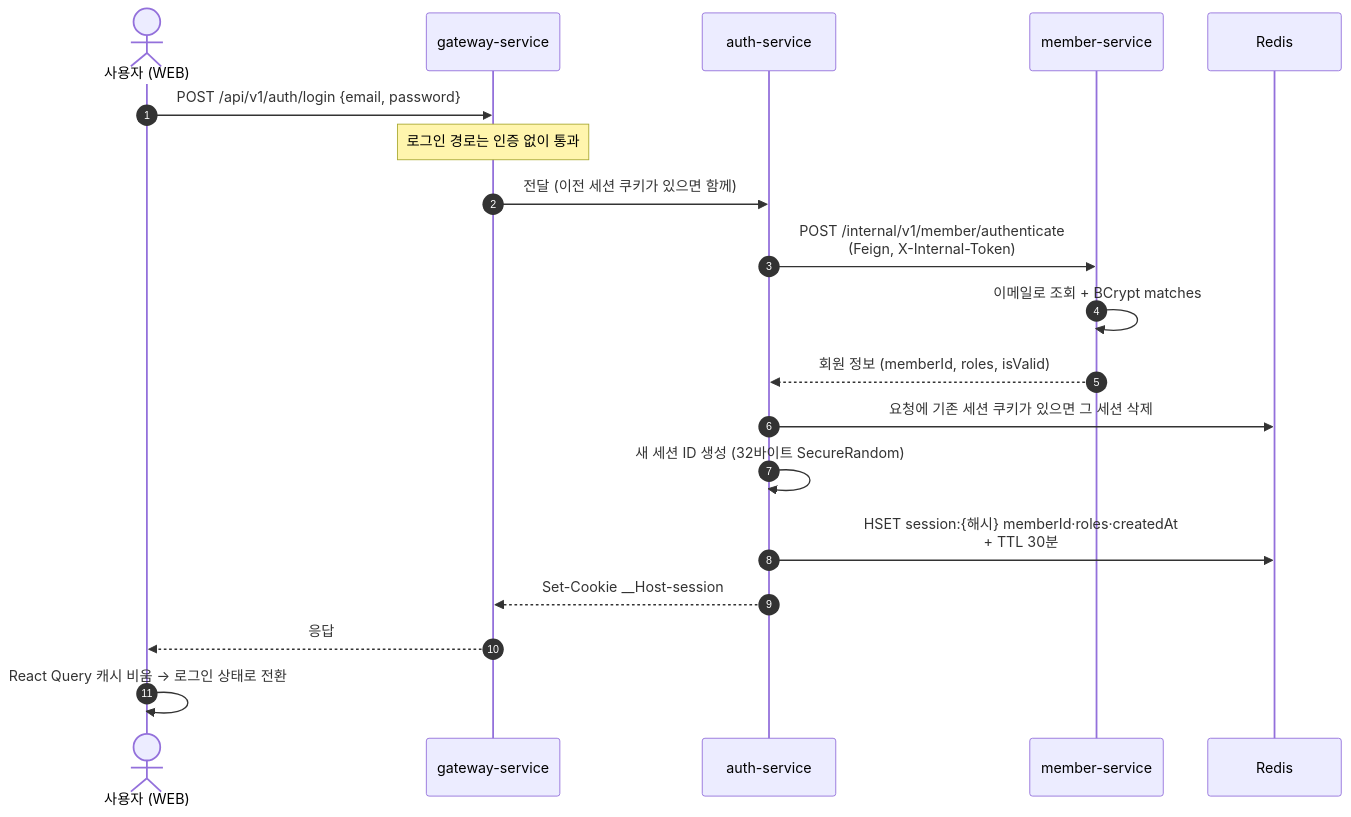
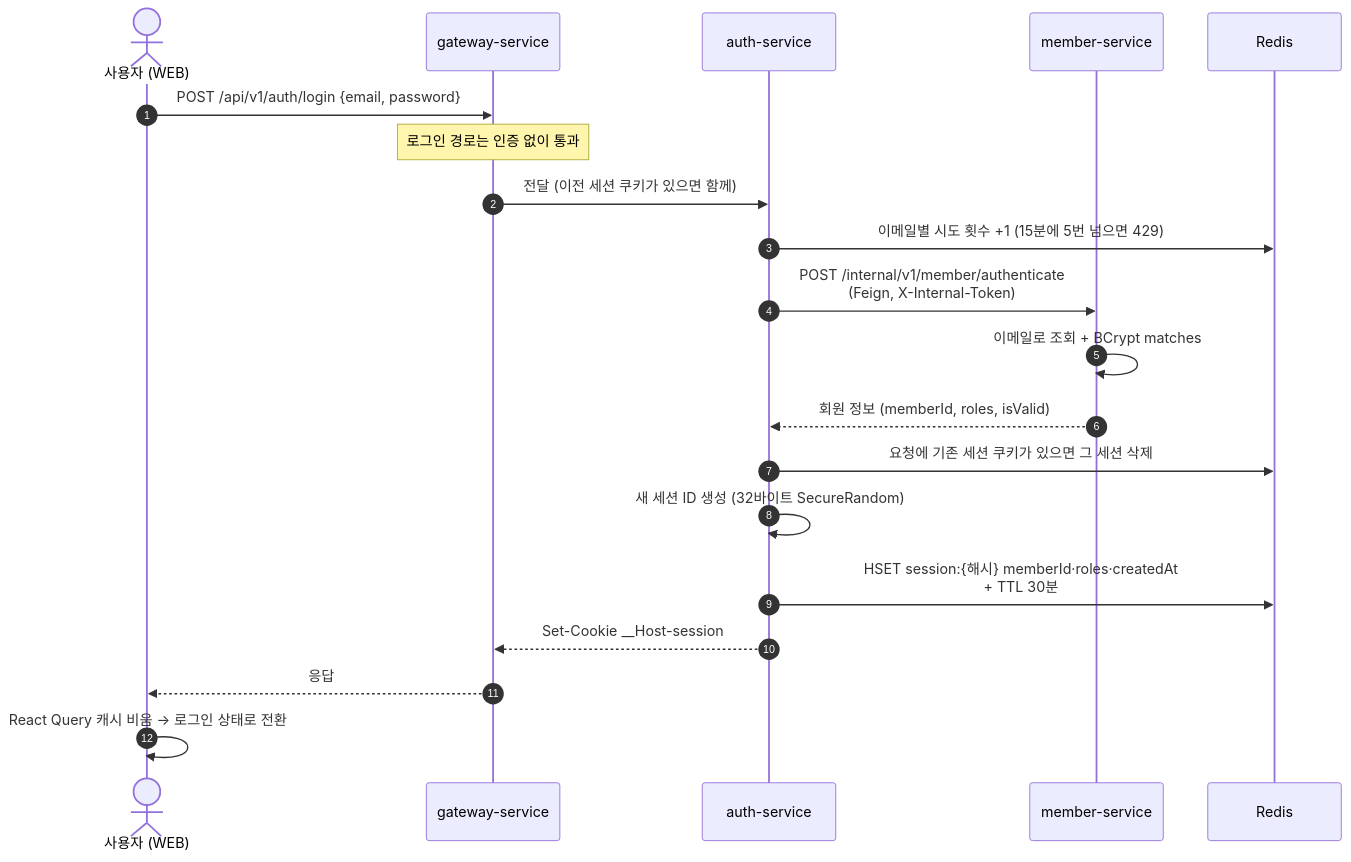
The first of 3 diagrams in .docs/spec/004-auth-spec.md (rivertw777/ModuDrive-API), drawn with Mermaid before and after one commit. The commit also changed other lines of this file and 10 other files, not shown here.

````diff
--- a/.docs/spec/004-auth-spec.md
+++ b/.docs/spec/004-auth-spec.md
@@ -90,22 +90,23 @@
 ```mermaid
 sequenceDiagram
     autonumber
     actor U as 사용자 (WEB)
     participant G as gateway-service
     participant A as auth-service
     participant M as member-service
     participant R as Redis
 
     U->>G: POST /api/v1/auth/login {email, password}
     Note over G: 로그인 경로는 인증 없이 통과
     G->>A: 전달 (이전 세션 쿠키가 있으면 함께)
+    A->>R: 이메일별 시도 횟수 +1 (15분에 5번 넘으면 429)
     A->>M: POST /internal/v1/member/authenticate<br/>(Feign, X-Internal-Token)
     M->>M: 이메일로 조회 + BCrypt matches
     M-->>A: 회원 정보 (memberId, roles, isValid)
     A->>R: 요청에 기존 세션 쿠키가 있으면 그 세션 삭제
     A->>A: 새 세션 ID 생성 (32바이트 SecureRandom)
     A->>R: HSET session:{해시} memberId·roles·createdAt<br/>+ TTL 30분
     A-->>G: Set-Cookie __Host-session
     G-->>U: 응답
     U->>U: React Query 캐시 비움 → 로그인 상태로 전환
 ```
````
